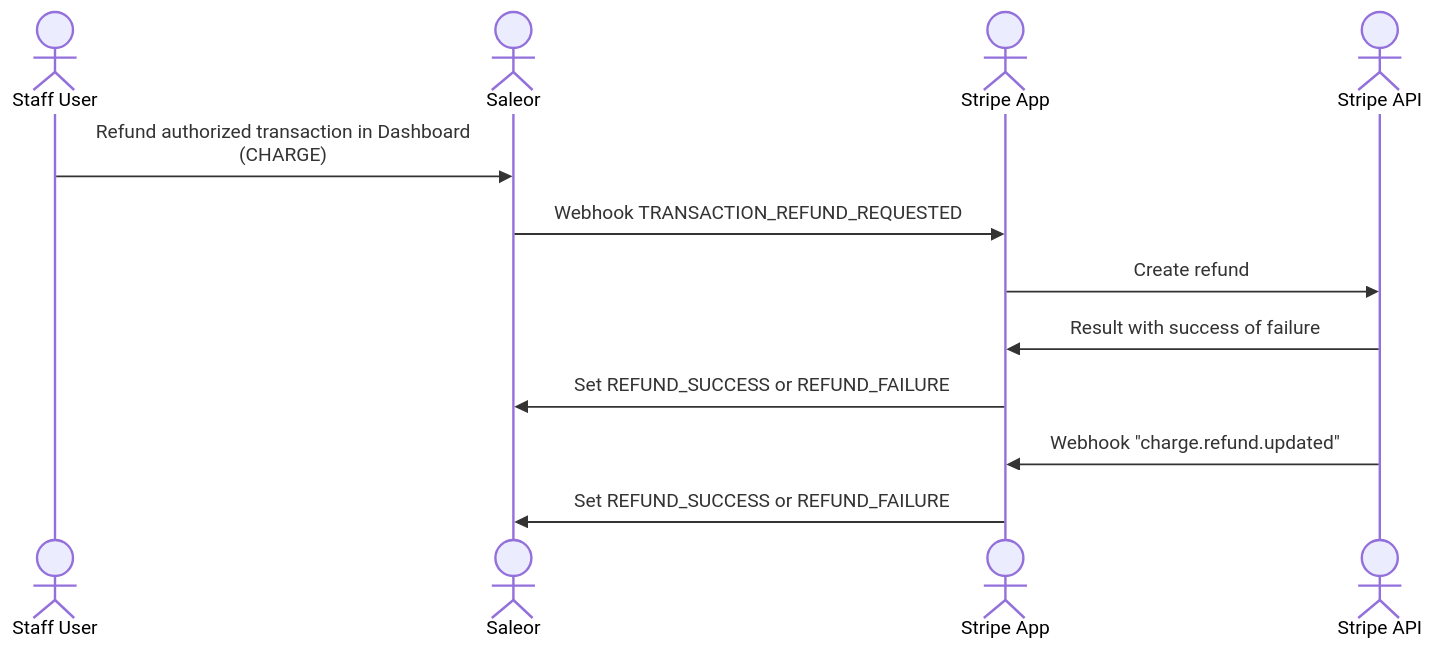
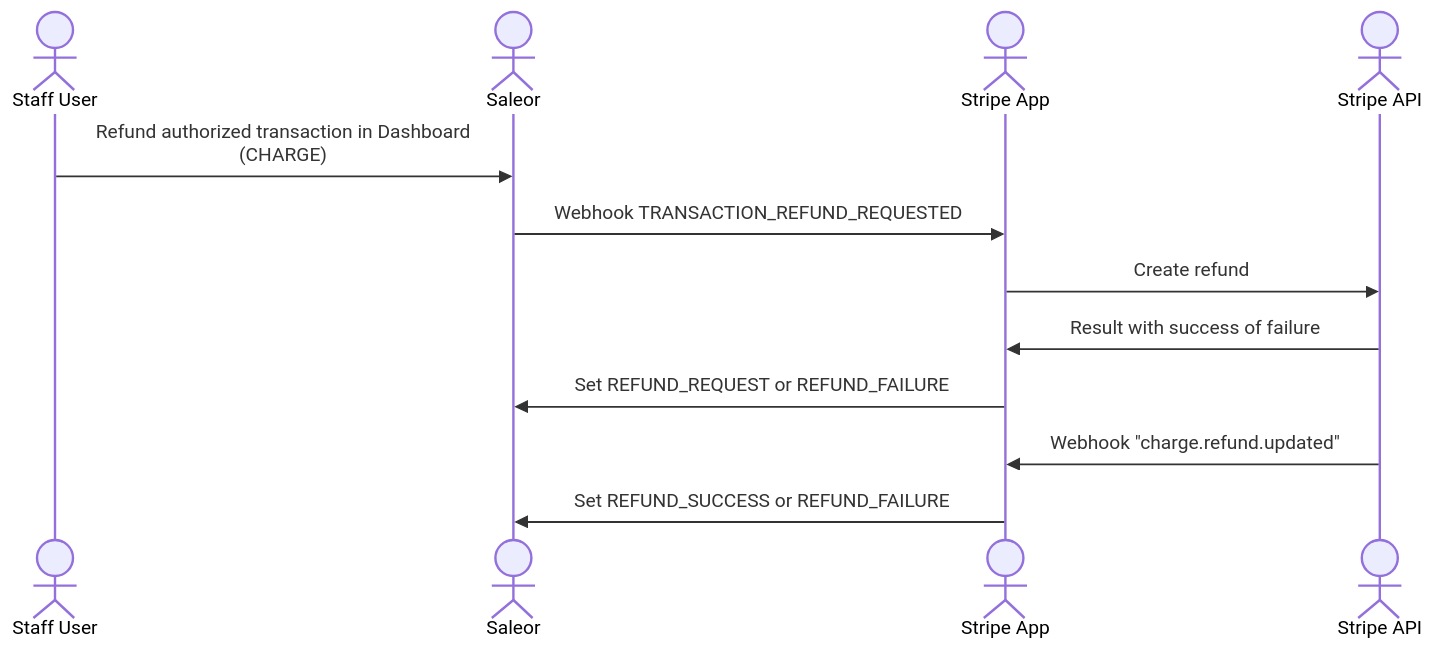
The ninth of 10 diagrams in docs/developer/app-store/apps/stripe/architecture.mdx (saleor/saleor-docs), drawn with Mermaid before and after one commit.

````diff
--- a/docs/developer/app-store/apps/stripe/architecture.mdx
+++ b/docs/developer/app-store/apps/stripe/architecture.mdx
@@ -270,16 +270,16 @@
 ```mermaid
 sequenceDiagram
     %% actor Storefront
     actor Staff User
     actor Saleor
     actor Stripe App
     actor Stripe API
 
     Staff User->>Saleor: Refund authorized transaction in Dashboard <br/>(CHARGE)
     Saleor ->> Stripe App: Webhook TRANSACTION_REFUND_REQUESTED
     Stripe App ->> Stripe API: Create refund
     Stripe API ->> Stripe App: Result with success of failure
-    Stripe App ->> Saleor: Set REFUND_SUCCESS or REFUND_FAILURE
+    Stripe App ->> Saleor: Set REFUND_REQUEST or REFUND_FAILURE
     Stripe API ->> Stripe App: Webhook "charge.refund.updated"
     Stripe App ->> Saleor: Set REFUND_SUCCESS or REFUND_FAILURE
 ```
````
